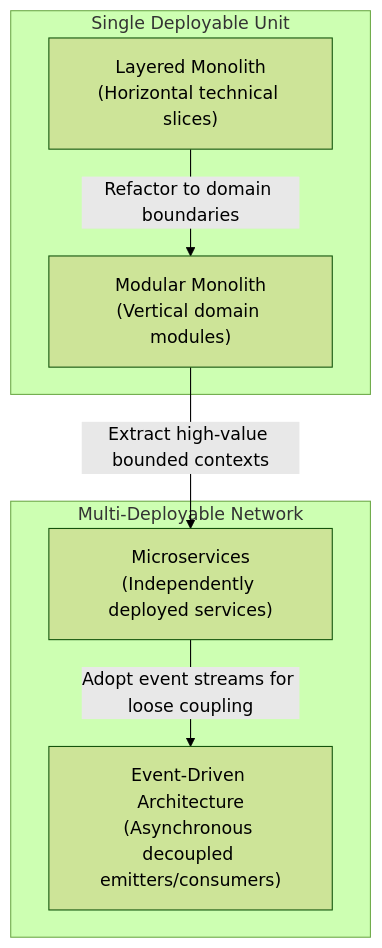
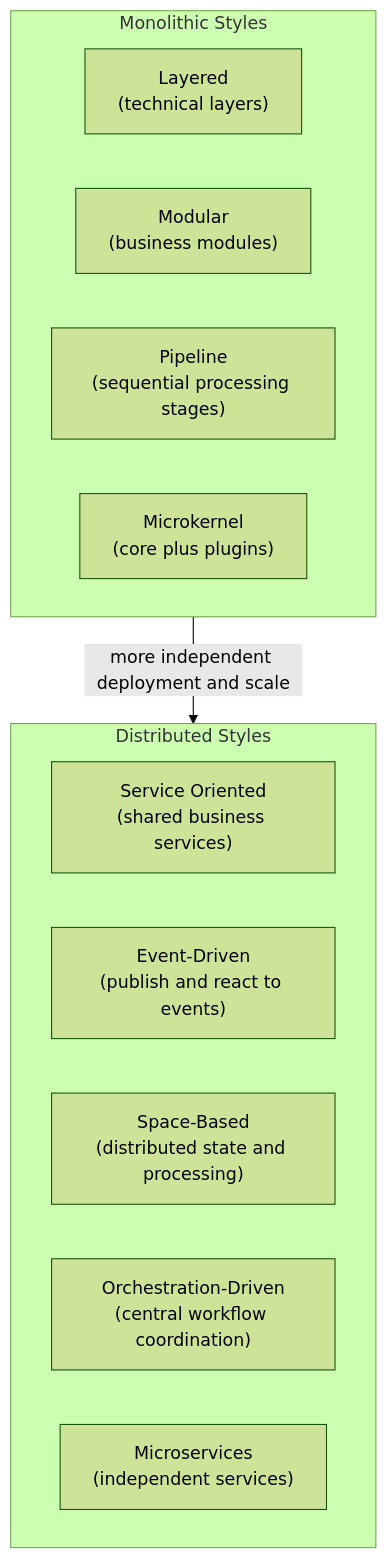
One commit to srikanthkakumanu/api-architecture changed the second of 8 diagrams in docs/architecture-overview.md. Above: the diagram before and after it, drawn with Mermaid (forest theme). The commit also changed other lines of this file and 105 other files, not shown here.

First line of the commit message:
feat: Initialize database schema and add basic HTML pages

````diff
--- a/docs/architecture-overview.md
+++ b/docs/architecture-overview.md
@@ -61,16 +62,19 @@
 ```mermaid
 flowchart TB
-    subgraph Monolith["Single Deployable Unit"]
-        M1["Layered Monolith<br/>(Horizontal technical slices)"]
-        M2["Modular Monolith<br/>(Vertical domain modules)"]
+    subgraph Monolithic["Monolithic Styles"]
+        L["Layered<br/>(technical layers)"]
+        M["Modular<br/>(business modules)"]
+        P["Pipeline<br/>(sequential processing stages)"]
+        K["Microkernel<br/>(core plus plugins)"]
     end
 
-    subgraph Distributed["Multi-Deployable Network"]
-        D1["Microservices<br/>(Independently deployed services)"]
-        D2["Event-Driven Architecture<br/>(Asynchronous decoupled emitters/consumers)"]
+    subgraph Distributed["Distributed Styles"]
+        SOA["Service Oriented<br/>(shared business services)"]
+        EDA["Event-Driven<br/>(publish and react to events)"]
+        SBA["Space-Based<br/>(distributed state and processing)"]
+        ORCH["Orchestration-Driven<br/>(central workflow coordination)"]
+        MS["Microservices<br/>(independent services)"]
     end
 
-    M1 -->|Refactor to domain boundaries| M2
-    M2 -->|Extract high-value bounded contexts| D1
-    D1 -->|Adopt event streams for loose coupling| D2
+    Monolithic -->|more independent deployment and scale| Distributed
 ```
````
